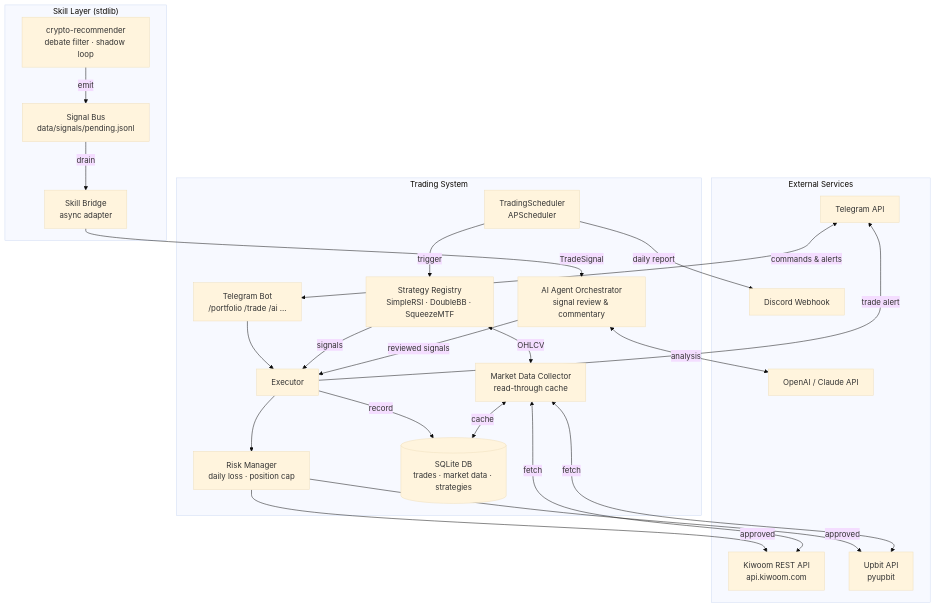
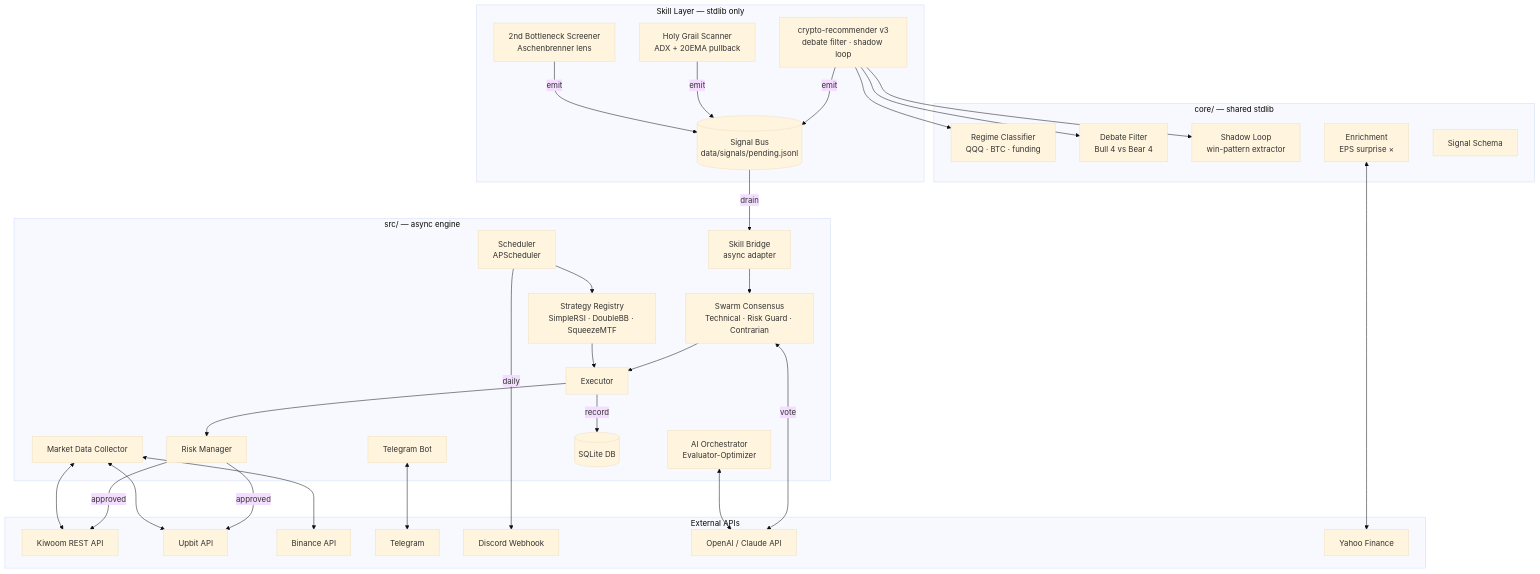
Before and after one commit to bongho/trading-system-public: the first of 8 diagrams in README.md, drawn with Mermaid (base theme). The commit also changed other lines of this file, not shown here.

First line of the commit message:
docs: full bilingual README (EN+KO) with architecture diagrams

````diff
--- a/README.md
+++ b/README.md
@@ -29,47 +49,64 @@
 ```mermaid
 graph TB
-    subgraph External["External Services"]
-        KW[Kiwoom REST API<br/>api.kiwoom.com]
-        UB[Upbit API<br/>pyupbit]
-        TG[Telegram API]
+    subgraph External["External APIs"]
+        KW[Kiwoom REST API]
+        UB[Upbit API]
+        BN[Binance API]
+        TG[Telegram]
         DC[Discord Webhook]
         AI[OpenAI / Claude API]
+        YF[Yahoo Finance]
     end
 
-    subgraph Core["Trading System"]
-        BOT[Telegram Bot<br/>/portfolio /trade /ai ...]
-        SCH[TradingScheduler<br/>APScheduler]
-        STR[Strategy Registry<br/>SimpleRSI · DoubleBB · SqueezeMTF]
-        AGT[AI Agent Orchestrator<br/>signal review & commentary]
-        EXE[Executor]
-        RM[Risk Manager<br/>daily loss · position cap]
-        COL[Market Data Collector<br/>read-through cache]
-        DB[(SQLite DB<br/>trades · market data · strategies)]
+    subgraph Skills["Skill Layer — stdlib only"]
+        CR[crypto-recommender v3<br/>debate filter · shadow loop]
+        HG[Holy Grail Scanner<br/>ADX + 20EMA pullback]
+        SP[2nd Bottleneck Screener<br/>Aschenbrenner lens]
+        BUS[(Signal Bus<br/>data/signals/pending.jsonl)]
     end
 
-    subgraph Skills["Skill Layer (stdlib)"]
-        SK[crypto-recommender<br/>debate filter · shadow loop]
-        BUS[Signal Bus<br/>data/signals/pending.jsonl]
-        SB[Skill Bridge<br/>async adapter]
+    subgraph Core["core/ — shared stdlib"]
+        RC[Regime Classifier<br/>QQQ · BTC · funding]
+        DB[Debate Filter<br/>Bull 4 vs Bear 4]
+        SL[Shadow Loop<br/>win-pattern extractor]
+        ENR[Enrichment<br/>EPS surprise ×]
+        SC[Signal Schema]
     end
 
-    TG <-->|commands & alerts| BOT
-    BOT --> EXE
-    SCH -->|trigger| STR
-    SK -->|emit| BUS
+    subgraph Engine["src/ — async engine"]
+        BOT[Telegram Bot]
+        SCH[Scheduler<br/>APScheduler]
+        STR[Strategy Registry<br/>SimpleRSI · DoubleBB · SqueezeMTF]
+        SW[Swarm Consensus<br/>Technical · Risk Guard · Contrarian]
+        SB[Skill Bridge<br/>async adapter]
+        EXE[Executor]
+        RM[Risk Manager]
+        AGT[AI Orchestrator<br/>Evaluator-Optimizer]
+        COL[Market Data Collector]
+        DB2[(SQLite DB)]
+    end
+
+    CR -->|emit| BUS
+    HG -->|emit| BUS
+    SP -->|emit| BUS
+    CR --> RC
+    CR --> DB
+    CR --> SL
     BUS -->|drain| SB
-    SB -->|TradeSignal| AGT
-    STR -->|signals| EXE
-    STR <-->|OHLCV| COL
-    AGT <-->|analysis| AI
-    AGT -->|reviewed signals| EXE
+    SB --> SW
+    SW <-->|vote| AI
+    SW --> EXE
+    SCH --> STR
+    STR --> EXE
     EXE --> RM
     RM -->|approved| KW
     RM -->|approved| UB
-    EXE -->|record| DB
-    COL <-->|cache| DB
-    COL <-->|fetch| KW
-    COL <-->|fetch| UB
-    EXE -->|trade alert| TG
-    SCH -->|daily report| DC
+    EXE -->|record| DB2
+    COL <--> KW
+    COL <--> UB
+    COL <--> BN
+    ENR <--> YF
+    BOT <--> TG
+    SCH -->|daily| DC
+    AGT <--> AI
 ```
````
